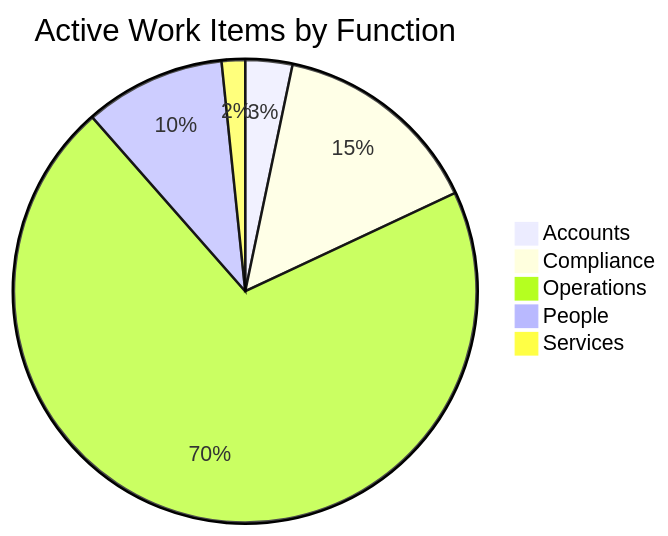
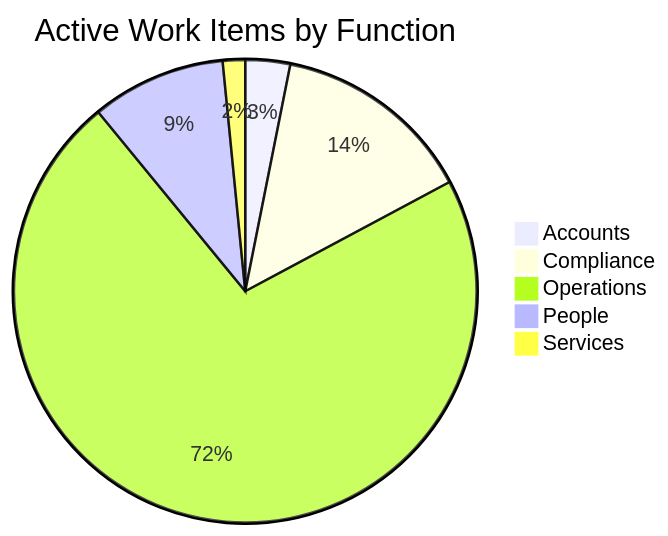
Before and after one commit to mgosal/5et.uk: the first of 3 diagrams in dashboard.md, drawn with Mermaid. The commit also changed other lines of this file and 3 other files, not shown here.

````diff
--- a/dashboard.md
+++ b/dashboard.md
@@ -198,8 +226,8 @@
 ```mermaid
 pie title Active Work Items by Function
     "Accounts" : 2
     "Compliance" : 9
-    "Operations" : 43
+    "Operations" : 46
     "People" : 6
     "Services" : 1
 ```
````
